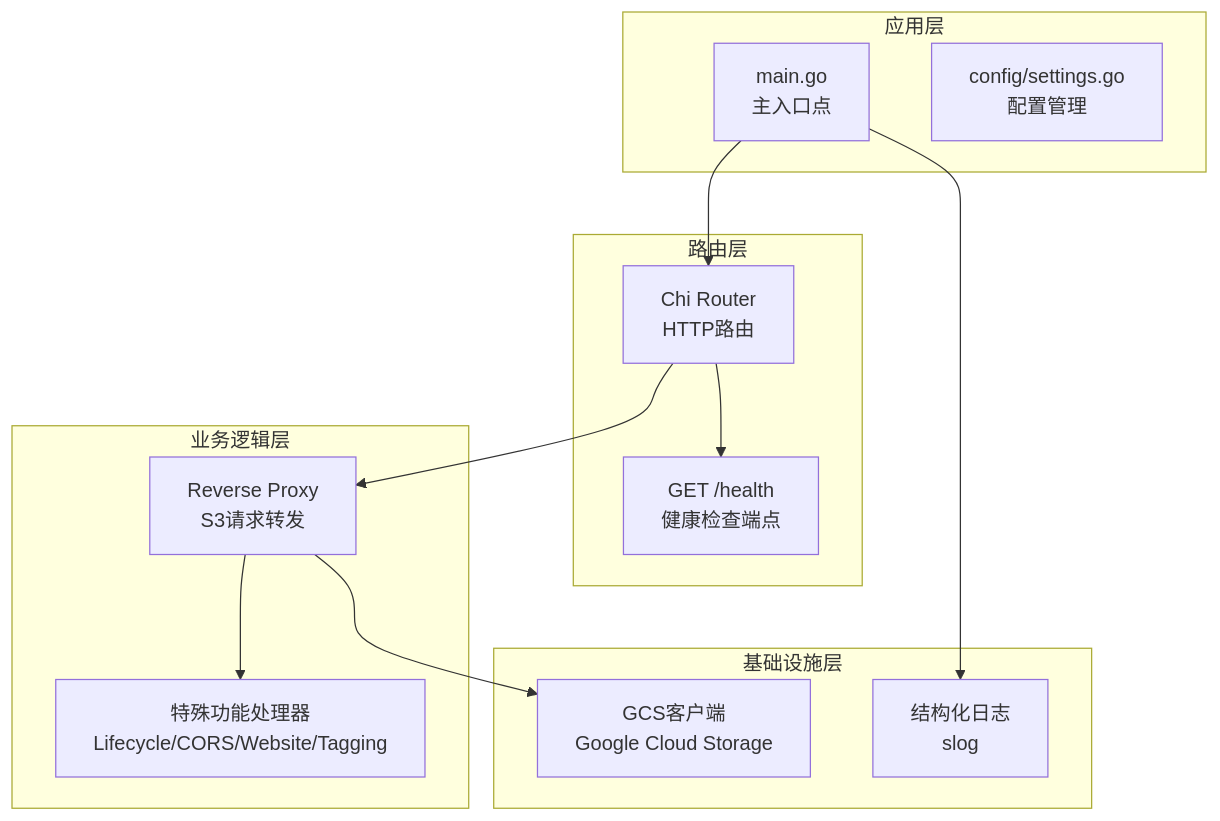
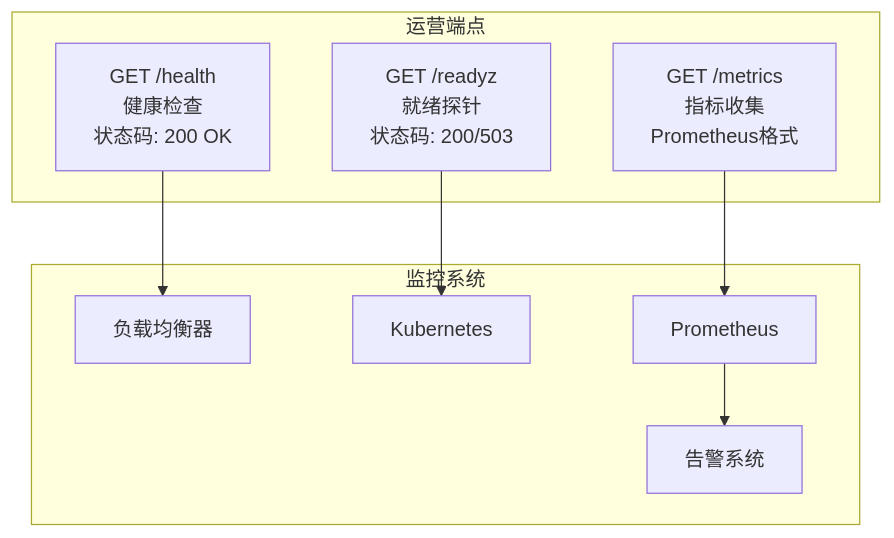
One commit to flying1574/S3Proxy4GCS changed the first of 7 diagrams in .qoder/repowiki/zh/content/API参考/健康检查端点.md. Above: the diagram before and after it, drawn with Mermaid. The commit also changed other lines of this file and 5 other files, not shown here.

````diff
--- a/.qoder/repowiki/zh/content/API参考/健康检查端点.md
+++ b/.qoder/repowiki/zh/content/API参考/健康检查端点.md
@@ -31,25 +39,18 @@
 ```mermaid
 graph TB
-subgraph "应用层"
-Main[main.go<br/>主入口点]
-Config[config/settings.go<br/>配置管理]
+subgraph "运营端点"
+Health[GET /health<br/>健康检查<br/>状态码: 200 OK]
+Readyz[GET /readyz<br/>就绪探针<br/>状态码: 200/503]
+Metrics[GET /metrics<br/>指标收集<br/>Prometheus格式]
 end
-subgraph "路由层"
-Router[Chi Router<br/>HTTP路由]
-Health[GET /health<br/>健康检查端点]
+subgraph "监控系统"
+LB[负载均衡器]
+K8s[Kubernetes]
+Prom[Prometheus]
+Alert[告警系统]
 end
-subgraph "业务逻辑层"
-Proxy[Reverse Proxy<br/>S3请求转发]
-Handlers[特殊功能处理器<br/>Lifecycle/CORS/Website/Tagging]
-end
-subgraph "基础设施层"
-GCS[GCS客户端<br/>Google Cloud Storage]
-Logger[结构化日志<br/>slog]
-end
-Main --> Router
-Router --> Health
-Router --> Proxy
-Proxy --> Handlers
-Proxy --> GCS
-Main --> Logger
+Health --> LB
+Readyz --> K8s
+Metrics --> Prom
+Prom --> Alert
 ```
````
